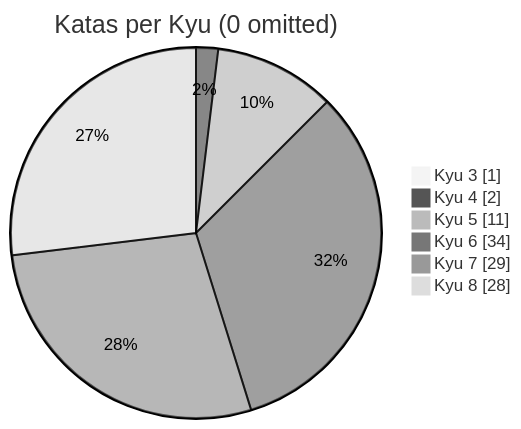
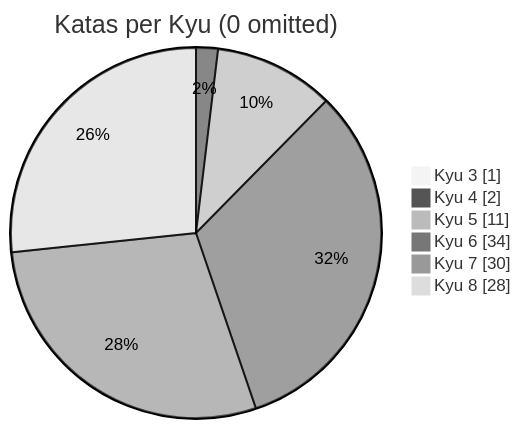
One commit to MauricioLudwig/codewars-typescript changed the diagram in README.md. Above: the diagram before and after it, drawn with Mermaid (neutral theme). The commit also changed other lines of this file, not shown here.

````diff
--- a/README.md
+++ b/README.md
@@ -21,10 +21,10 @@
 ```mermaid
 pie showData
     title Katas per Kyu (0 omitted)
 	"Kyu 3": 1
 	"Kyu 4": 2
 	"Kyu 5": 11
 	"Kyu 6": 34
-	"Kyu 7": 29
+	"Kyu 7": 30
 	"Kyu 8": 28
 ```
````
